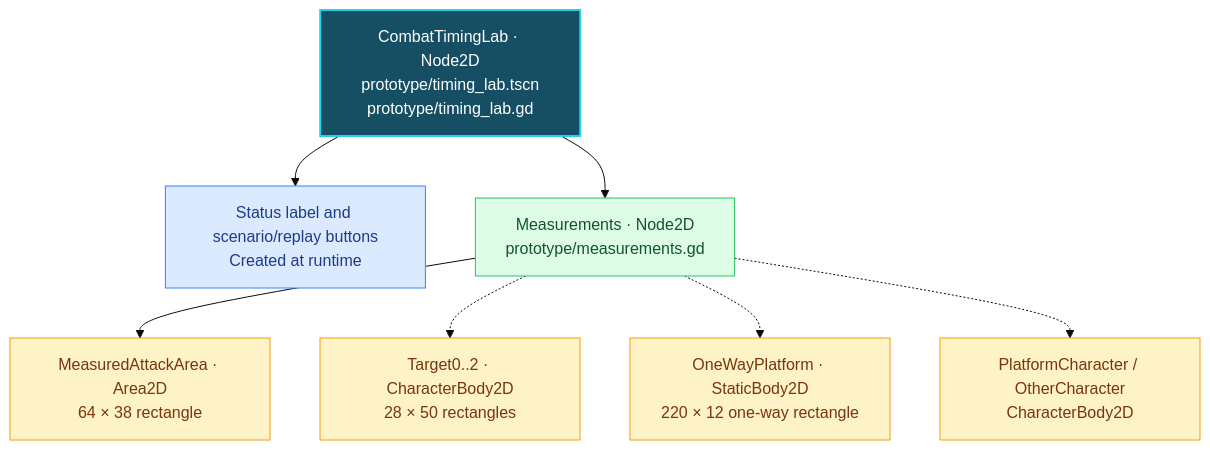
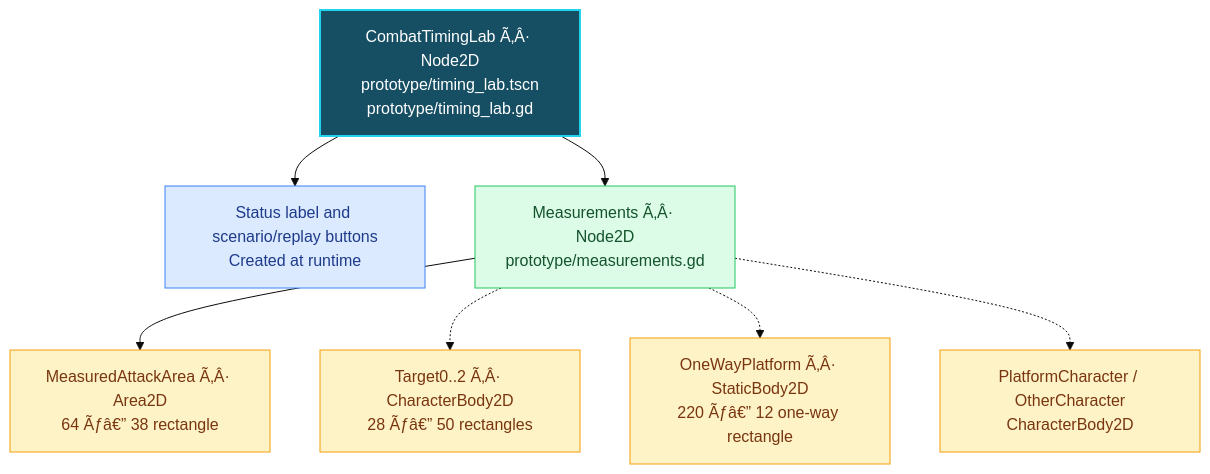
One commit to Fusion2k/smash-fight changed the second of 2 diagrams in docs/architecture/scene-map.md. Above: the diagram before and after it, drawn with Mermaid (base theme). The commit also changed other lines of this file and 6 other files, not shown here.

Commit message:
docs: accept confirmed chronological architecture for #8

````diff
--- a/docs/architecture/scene-map.md
+++ b/docs/architecture/scene-map.md
@@ -105,24 +105,24 @@
 ```mermaid
 flowchart TB
-    Lab["CombatTimingLab · Node2D<br/>prototype/timing_lab.tscn<br/>prototype/timing_lab.gd"]
+    Lab["CombatTimingLab Ã‚Â· Node2D<br/>prototype/timing_lab.tscn<br/>prototype/timing_lab.gd"]
     UI["Status label and scenario/replay buttons<br/>Created at runtime"]
-    Measures["Measurements · Node2D<br/>prototype/measurements.gd"]
-    Area["MeasuredAttackArea · Area2D<br/>64 × 38 rectangle"]
-    Targets["Target0..2 · CharacterBody2D<br/>28 × 50 rectangles"]
-    Platform["OneWayPlatform · StaticBody2D<br/>220 × 12 one-way rectangle"]
+    Measures["Measurements Ã‚Â· Node2D<br/>prototype/measurements.gd"]
+    Area["MeasuredAttackArea Ã‚Â· Area2D<br/>64 Ãƒâ€” 38 rectangle"]
+    Targets["Target0..2 Ã‚Â· CharacterBody2D<br/>28 Ãƒâ€” 50 rectangles"]
+    Platform["OneWayPlatform Ã‚Â· StaticBody2D<br/>220 Ãƒâ€” 12 one-way rectangle"]
     Characters["PlatformCharacter / OtherCharacter<br/>CharacterBody2D"]
     Lab --> UI
     Lab --> Measures
     Measures --> Area
     Measures -.-> Targets
     Measures -.-> Platform
     Measures -.-> Characters
     classDef root fill:#164e63,color:#ffffff,stroke:#22d3ee,stroke-width:2px;
     classDef ui fill:#dbeafe,color:#1e3a8a,stroke:#3b82f6;
     classDef measure fill:#dcfce7,color:#14532d,stroke:#22c55e;
     classDef physics fill:#fef3c7,color:#78350f,stroke:#f59e0b;
     class Lab root;
     class UI ui;
     class Measures measure;
     class Area,Targets,Platform,Characters physics;
 ```
````
